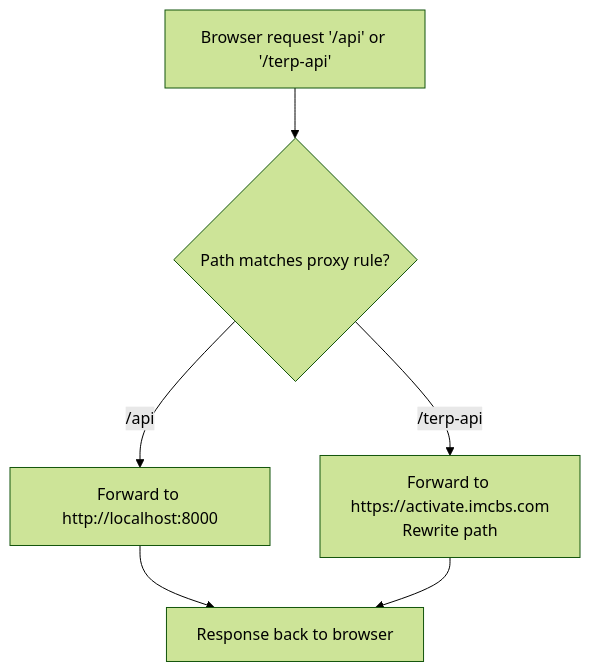
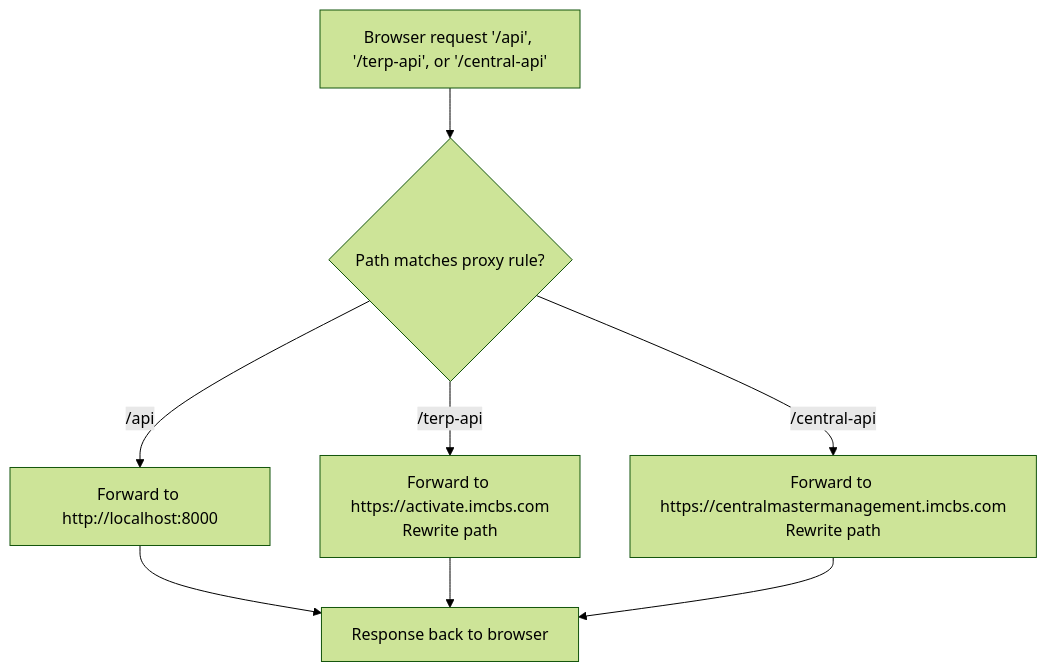
Before and after one commit to imcbsglobal/TRELLISCO_ERP_FRONTEND: the ninth of 14 diagrams in .qoder/repowiki/en/content/Configuration and Environment.md, drawn with Mermaid (forest theme). The commit also changed other lines of this file and 27 other files, not shown here.

````diff
--- a/.qoder/repowiki/en/content/Configuration and Environment.md
+++ b/.qoder/repowiki/en/content/Configuration and Environment.md
@@ -259,8 +397,10 @@
 ```mermaid
 flowchart TD
-Req["Browser request '/api' or '/terp-api'"] --> Match{"Path matches proxy rule?"}
+Req["Browser request '/api', '/terp-api', or '/central-api'"] --> Match{"Path matches proxy rule?"}
 Match --> |/api| Local["Forward to http://localhost:8000"]
 Match --> |/terp-api| Remote["Forward to https://activate.imcbs.com<br/>Rewrite path"]
+Match --> |/central-api| Central["Forward to https://centralmastermanagement.imcbs.com<br/>Rewrite path"]
 Local --> Resp["Response back to browser"]
 Remote --> Resp
+Central --> Resp
 ```
````
